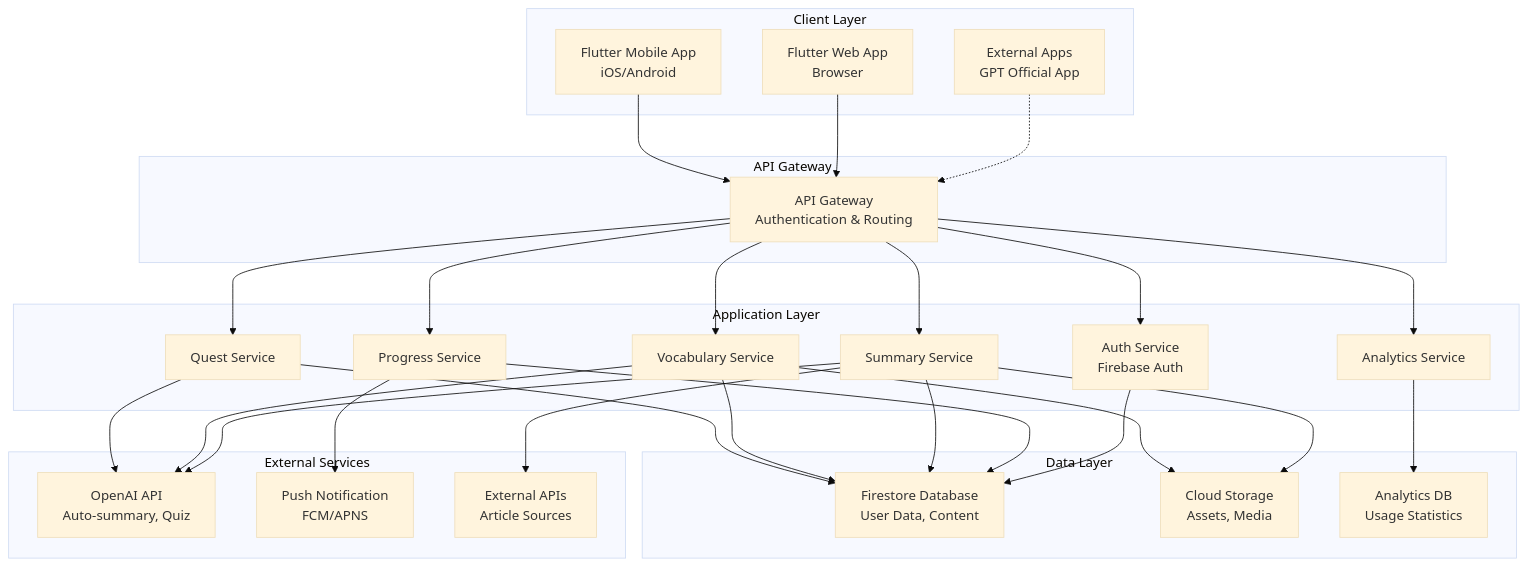
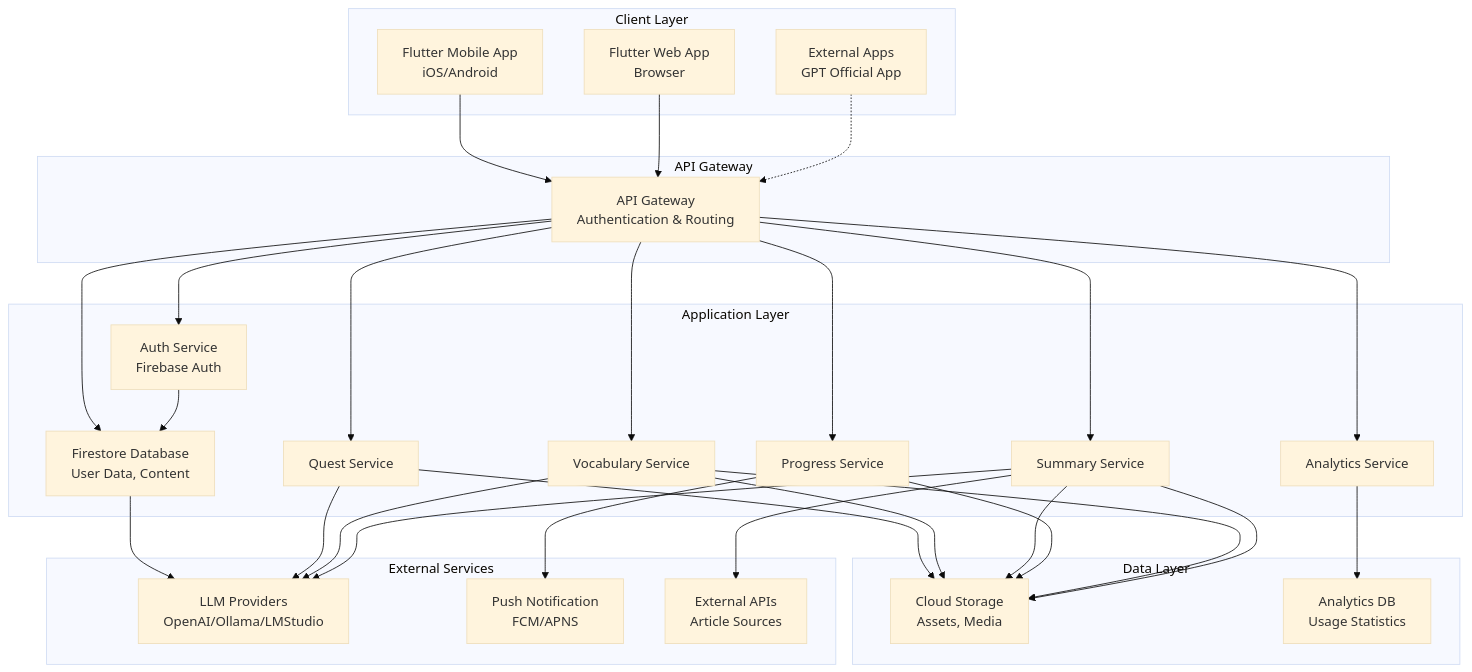
One commit to sora-kisaragi/TechLingualQuest changed the first of 13 diagrams in docs/design/HLD.md. Above: the diagram before and after it, drawn with Mermaid (base theme). The commit also changed other lines of this file and 3 other files, not shown here.

````diff
--- a/docs/design/HLD.md
+++ b/docs/design/HLD.md
@@ -44,61 +44,64 @@
 ```mermaid
 graph TB
     subgraph "Client Layer"
         A[Flutter Mobile App<br/>iOS/Android]
         B[Flutter Web App<br/>Browser]
         C[External Apps<br/>GPT Official App]
     end
     
     subgraph "API Gateway"
         D[API Gateway<br/>Authentication & Routing]
     end
     
     subgraph "Application Layer"
         E[Auth Service<br/>Firebase Auth]
         F[Quest Service]
         G[Vocabulary Service]
         H[Summary Service]
         I[Progress Service]
         J[Analytics Service]
+        K[LLM Service]
     end
     
     subgraph "Data Layer"
         K[Firestore Database<br/>User Data, Content]
         L[Cloud Storage<br/>Assets, Media]
         M[Analytics DB<br/>Usage Statistics]
     end
     
     subgraph "External Services"
-        N[OpenAI API<br/>Auto-summary, Quiz]
+        N[LLM Providers<br/>OpenAI/Ollama/LMStudio]
         O[Push Notification<br/>FCM/APNS]
         P[External APIs<br/>Article Sources]
     end
     
     A --> D
     B --> D
     C -.-> D
     
     D --> E
     D --> F
     D --> G
     D --> H
     D --> I
     D --> J
+    D --> K
     
-    F --> K
-    G --> K
-    H --> K
-    I --> K
+    F --> L
+    G --> L
+    H --> L
+    I --> L
     J --> M
+    K --> N
     
     E --> K
     G --> L
     H --> L
     
     F --> N
     G --> N
     H --> N
     
     I --> O
     H --> P
 ```
````
